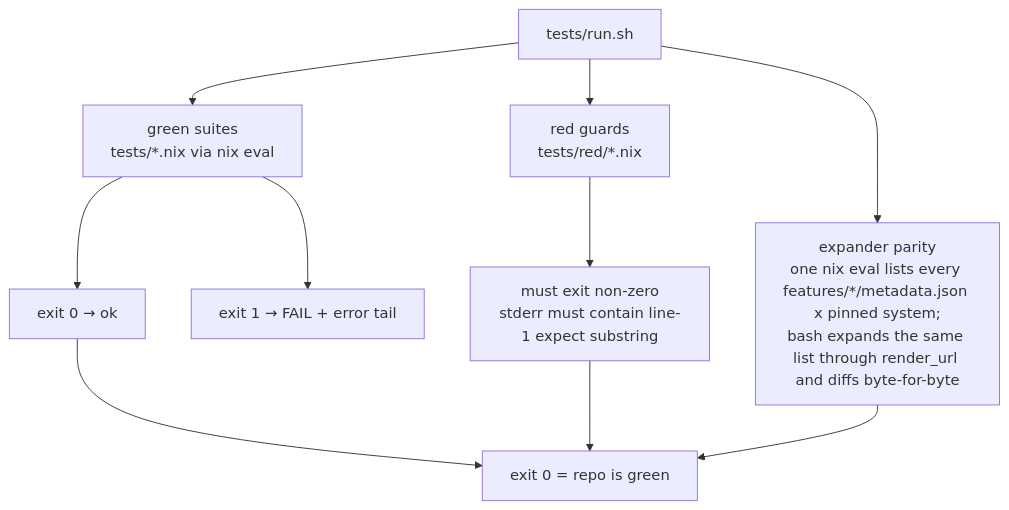
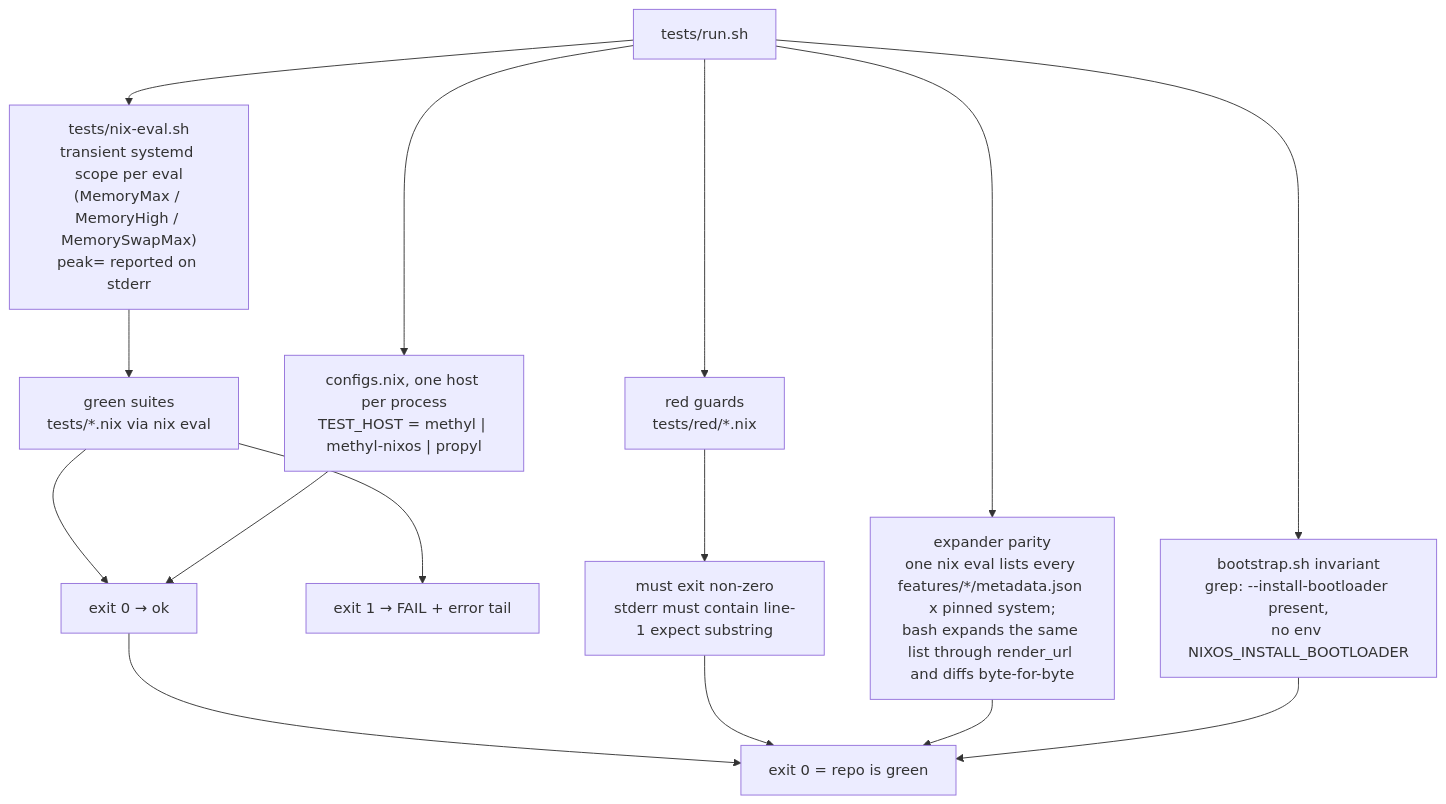
Before and after one commit to WombatFromHell/automatic-palm-tree: the first of 5 diagrams in TEST_DESIGN.md, drawn with Mermaid. The commit also changed other lines of this file and 8 other files, not shown here.

````diff
--- a/TEST_DESIGN.md
+++ b/TEST_DESIGN.md
@@ -9,12 +9,17 @@
 ```mermaid
 flowchart TD
-  R["tests/run.sh"] --> G["green suites<br/>tests/*.nix via nix eval"]
+  R["tests/run.sh"] --> N["tests/nix-eval.sh<br/>transient systemd scope per eval<br/>(MemoryMax / MemoryHigh / MemorySwapMax)<br/>peak= reported on stderr"]
+  N --> G["green suites<br/>tests/*.nix via nix eval"]
   G --> G1["exit 0 → ok"]
   G --> G2["exit 1 → FAIL + error tail"]
+  R --> C["configs.nix, one host per process<br/>TEST_HOST = methyl | methyl-nixos | propyl"]
+  C --> G1
   R --> D["red guards<br/>tests/red/*.nix"]
   D --> D1["must exit non-zero<br/>stderr must contain line-1 expect substring"]
   R --> P["expander parity<br/>one nix eval lists every features/*/metadata.json x pinned system;<br/>bash expands the same list through render_url and diffs byte-for-byte"]
+  R --> B["bootstrap.sh invariant<br/>grep: --install-bootloader present,<br/>no env NIXOS_INSTALL_BOOTLOADER"]
   G1 --> X["exit 0 = repo is green"]
   D1 --> X
   P --> X
+  B --> X
 ```
````
